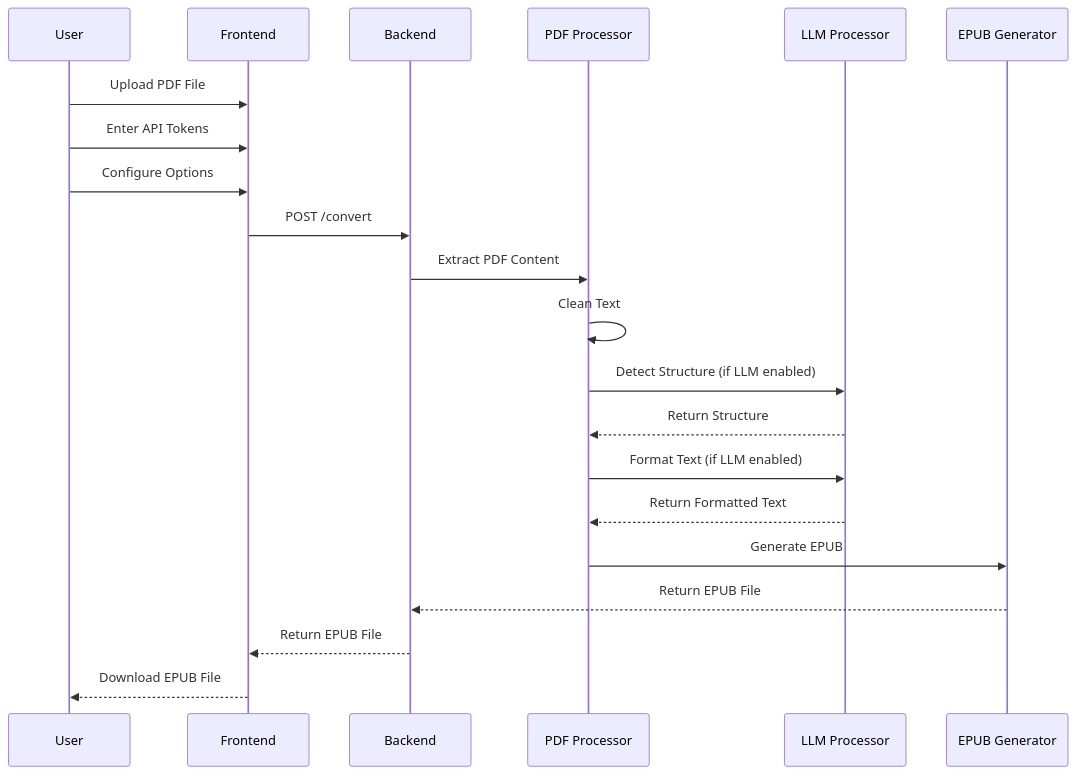
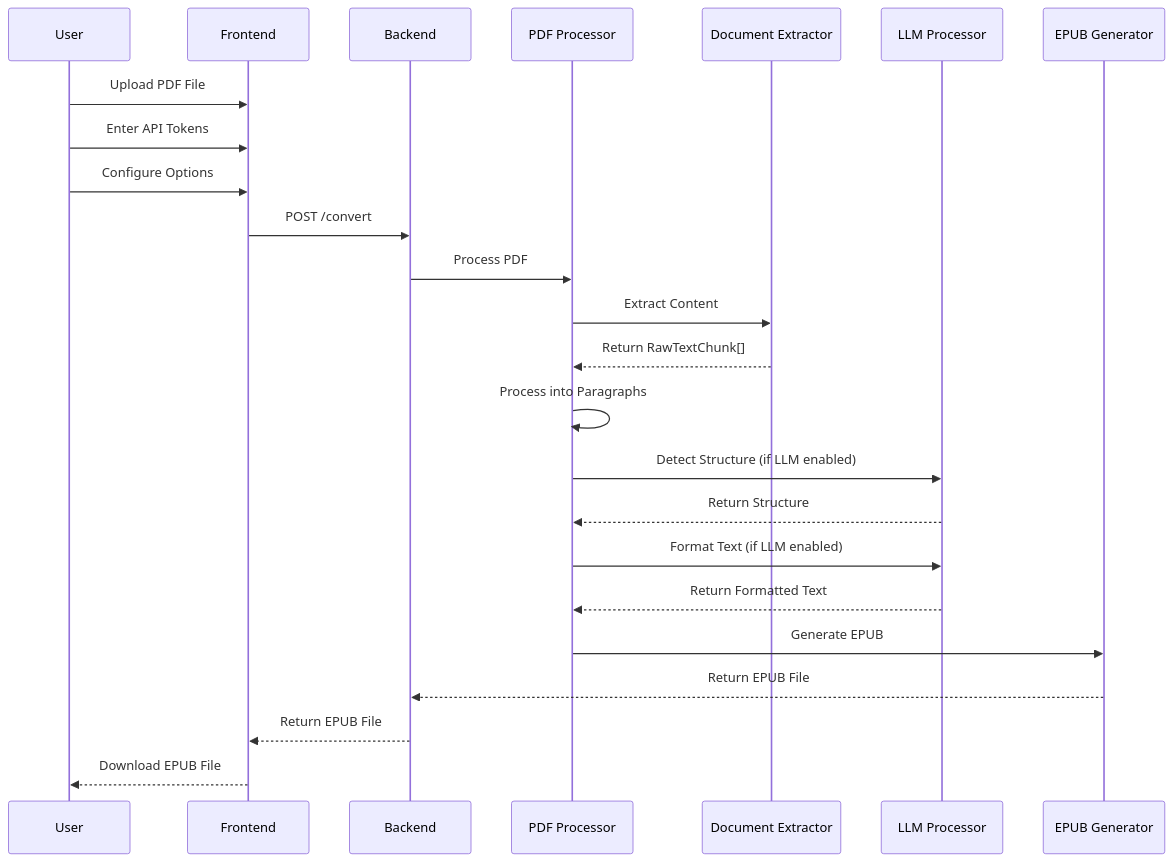
One commit to chenzhenguo/pdf2epub-paddle changed the third of 3 diagrams in wiki/index.md. Above: the diagram before and after it, drawn with Mermaid. The commit also changed other lines of this file and 2 other files, not shown here.

````diff
--- a/wiki/index.md
+++ b/wiki/index.md
@@ -172,24 +180,27 @@
 ```mermaid
 sequenceDiagram
     participant User as User
     participant Frontend as Frontend
     participant Backend as Backend
     participant PDFProcessor as PDF Processor
+    participant DocExtractor as Document Extractor
     participant LLM as LLM Processor
     participant EPUBGenerator as EPUB Generator
 
     User->>Frontend: Upload PDF File
     User->>Frontend: Enter API Tokens
     User->>Frontend: Configure Options
     Frontend->>Backend: POST /convert
-    Backend->>PDFProcessor: Extract PDF Content
-    PDFProcessor->>PDFProcessor: Clean Text
+    Backend->>PDFProcessor: Process PDF
+    PDFProcessor->>DocExtractor: Extract Content
+    DocExtractor-->>PDFProcessor: Return RawTextChunk[]
+    PDFProcessor->>PDFProcessor: Process into Paragraphs
     PDFProcessor->>LLM: Detect Structure (if LLM enabled)
     LLM-->>PDFProcessor: Return Structure
     PDFProcessor->>LLM: Format Text (if LLM enabled)
     LLM-->>PDFProcessor: Return Formatted Text
     PDFProcessor->>EPUBGenerator: Generate EPUB
     EPUBGenerator-->>Backend: Return EPUB File
     Backend-->>Frontend: Return EPUB File
     Frontend-->>User: Download EPUB File
 ```
````
